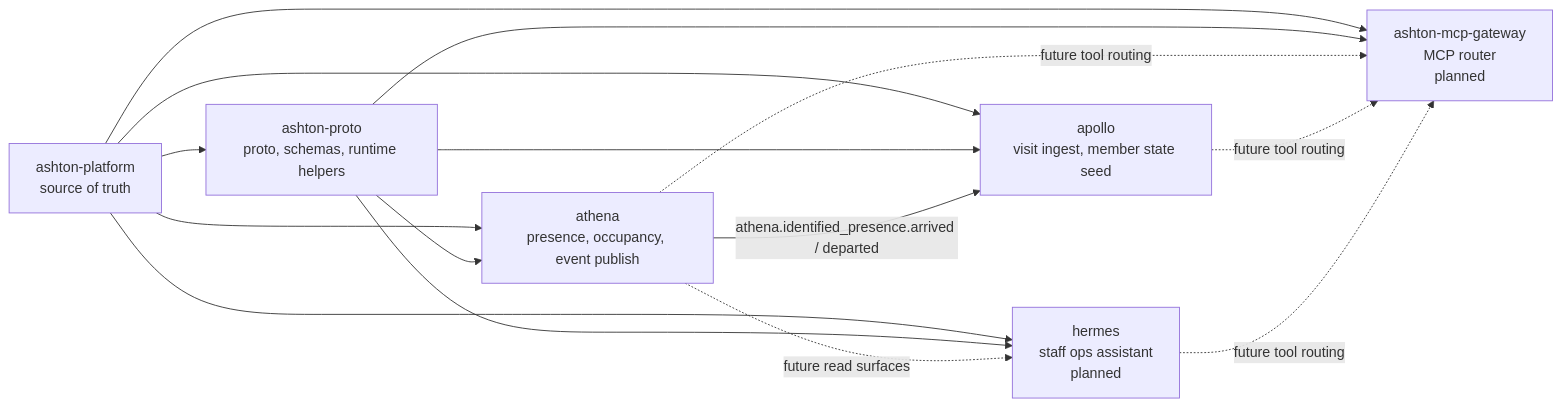
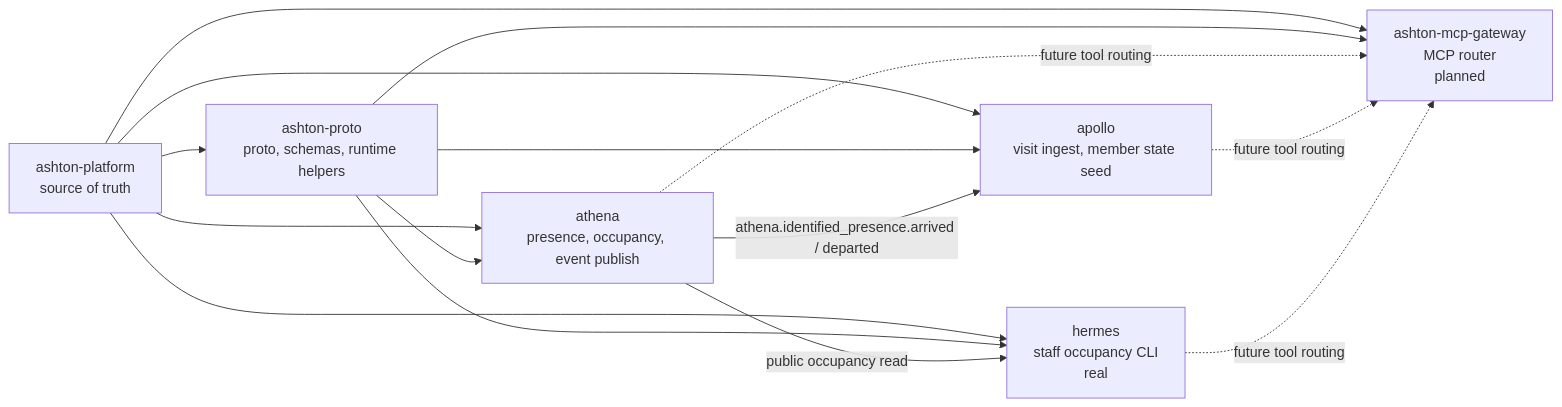
The second of 2 diagrams in README.md (ixxet/ashton-platform), drawn with Mermaid before and after one commit. The commit also changed other lines of this file and 3 other files, not shown here.

````diff
--- a/README.md
+++ b/README.md
@@ -61,26 +61,26 @@
 ```mermaid
 flowchart LR
   platform["ashton-platform<br/>source of truth"]
   proto["ashton-proto<br/>proto, schemas, runtime helpers"]
   athena["athena<br/>presence, occupancy, event publish"]
   apollo["apollo<br/>visit ingest, member state seed"]
-  hermes["hermes<br/>staff ops assistant<br/>planned"]
+  hermes["hermes<br/>staff occupancy CLI<br/>real"]
   gateway["ashton-mcp-gateway<br/>MCP router<br/>planned"]
 
   platform --> proto
   platform --> athena
   platform --> apollo
   platform --> hermes
   platform --> gateway
 
   proto --> athena
   proto --> apollo
   proto --> hermes
   proto --> gateway
 
   athena -- "athena.identified_presence.arrived / departed" --> apollo
-  athena -. "future read surfaces" .-> hermes
+  athena -- "public occupancy read" --> hermes
   athena -. "future tool routing" .-> gateway
   apollo -. "future tool routing" .-> gateway
   hermes -. "future tool routing" .-> gateway
 ```
````
